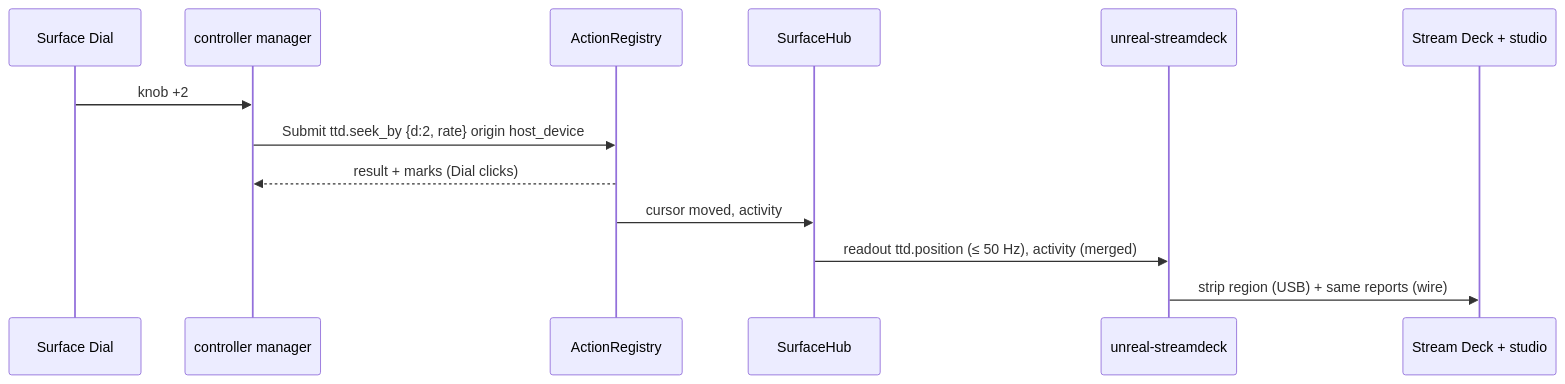
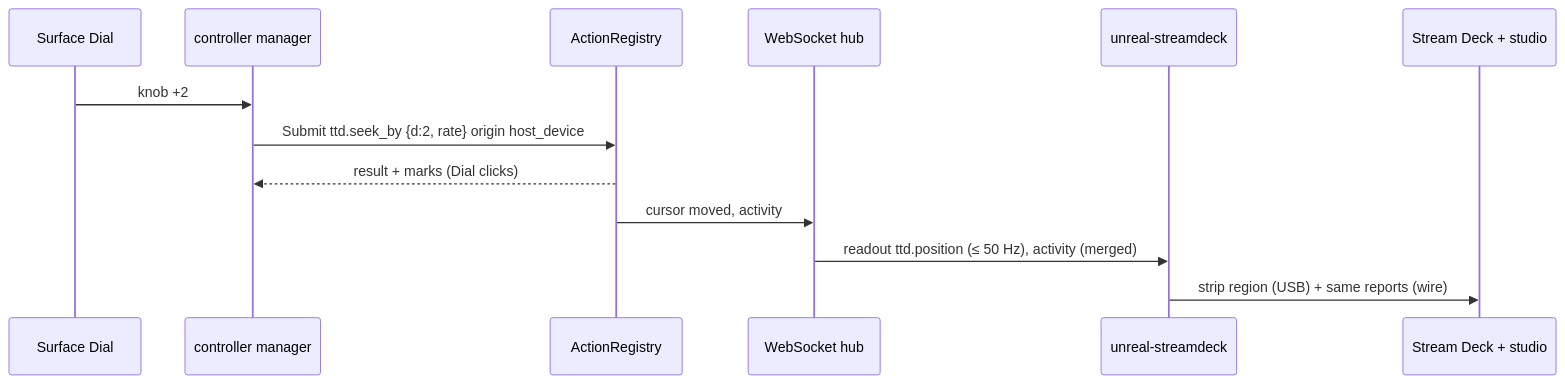
Before and after one commit to alfishe/unreal-ng: the second of 2 diagrams in docs/inprogress/2026-10-19-streamdeck-integration/architecture.md, drawn with Mermaid. The commit also changed other lines of this file and 13 other files, not shown here.

First line of the commit message:
One WebSocket for every client; automation planes guideline

````diff
--- a/docs/inprogress/2026-10-19-streamdeck-integration/architecture.md
+++ b/docs/inprogress/2026-10-19-streamdeck-integration/architecture.md
@@ -163,15 +163,15 @@
 ```mermaid
 sequenceDiagram
     participant DI as Surface Dial
     participant CM as controller manager
     participant AR as ActionRegistry
-    participant HUB as SurfaceHub
+    participant HUB as WebSocket hub
     participant D as unreal-streamdeck
     participant SD as Stream Deck + studio
     DI->>CM: knob +2
     CM->>AR: Submit ttd.seek_by {d:2, rate} origin host_device
     AR-->>CM: result + marks (Dial clicks)
     AR->>HUB: cursor moved, activity
     HUB->>D: readout ttd.position (≤ 50 Hz), activity (merged)
     D->>SD: strip region (USB) + same reports (wire)
 ```
````
